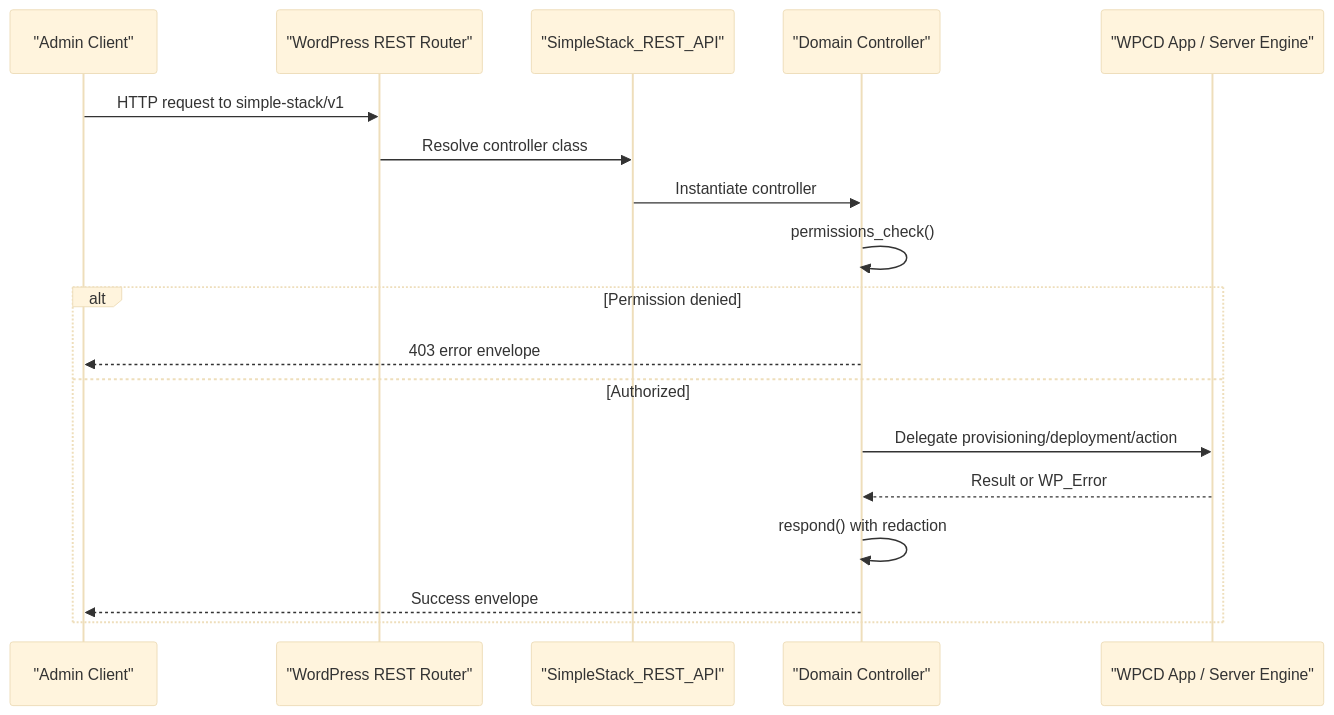
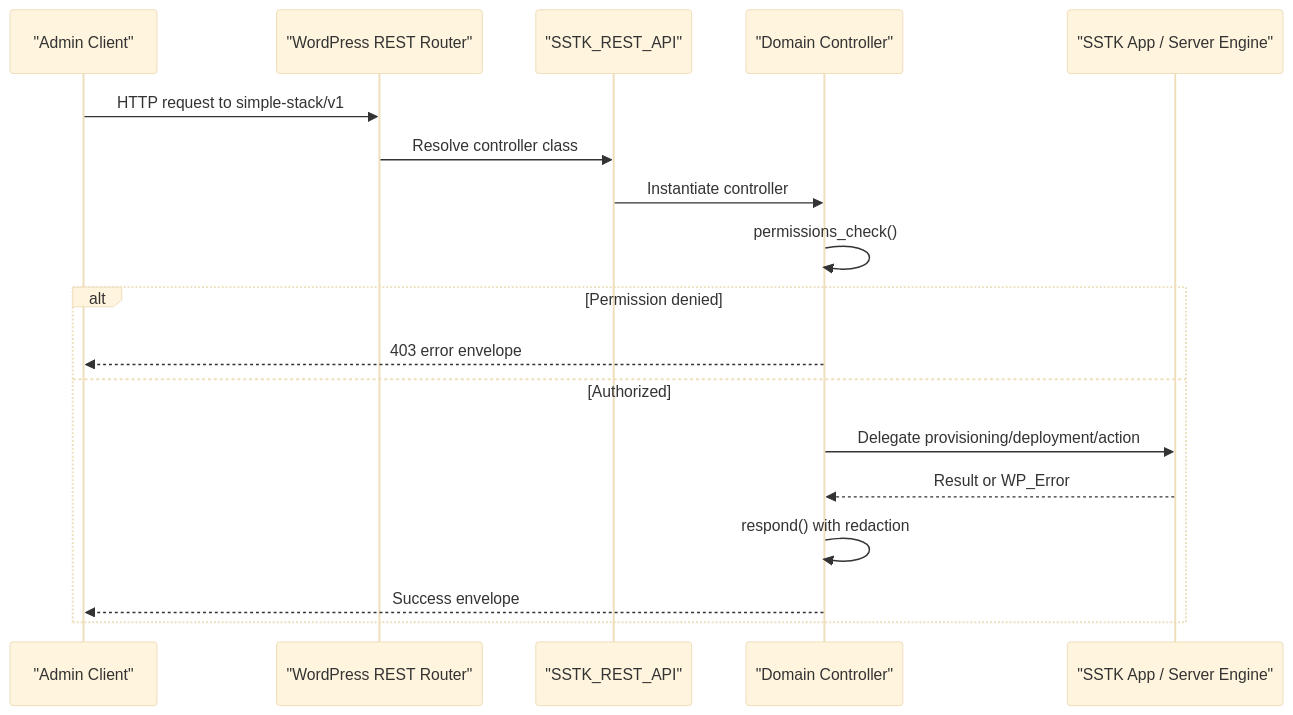
One commit to onedogsolutions/simple-stack changed the second of 9 diagrams in .qoder/repowiki/en/content/REST API Reference/REST API Reference.md. Above: the diagram before and after it, drawn with Mermaid (base theme). The commit also changed other lines of this file and 5941 other files, not shown here.

First line of the commit message:
refactor(core): rebrand WPCloudDeploy to Simple Stack with new namespaces and prefixes

````diff
--- a/.qoder/repowiki/en/content/REST API Reference/REST API Reference.md
+++ b/.qoder/repowiki/en/content/REST API Reference/REST API Reference.md
@@ -88,20 +98,20 @@
 ```mermaid
 sequenceDiagram
 participant Client as "Admin Client"
 participant WP as "WordPress REST Router"
-participant Loader as "SimpleStack_REST_API"
+participant Loader as "SSTK_REST_API"
 participant Controller as "Domain Controller"
-participant Engine as "WPCD App / Server Engine"
+participant Engine as "SSTK App / Server Engine"
 Client->>WP : HTTP request to simple-stack/v1
 WP->>Loader : Resolve controller class
 Loader->>Controller : Instantiate controller
 Controller->>Controller : permissions_check()
 alt Permission denied
 Controller-->>Client : 403 error envelope
 else Authorized
 Controller->>Engine : Delegate provisioning/deployment/action
 Engine-->>Controller : Result or WP_Error
 Controller->>Controller : respond() with redaction
 Controller-->>Client : Success envelope
 end
 ```
````
